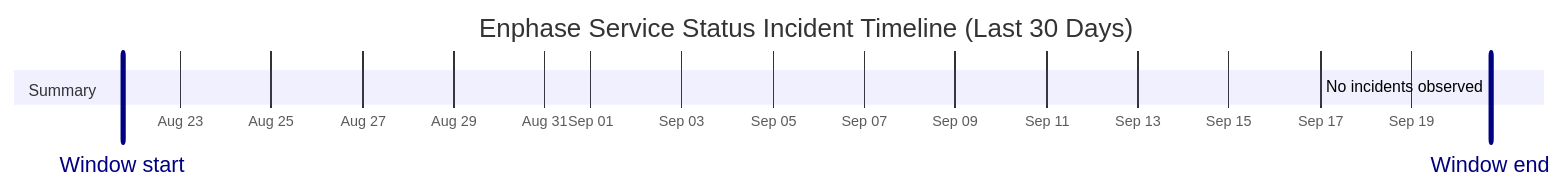
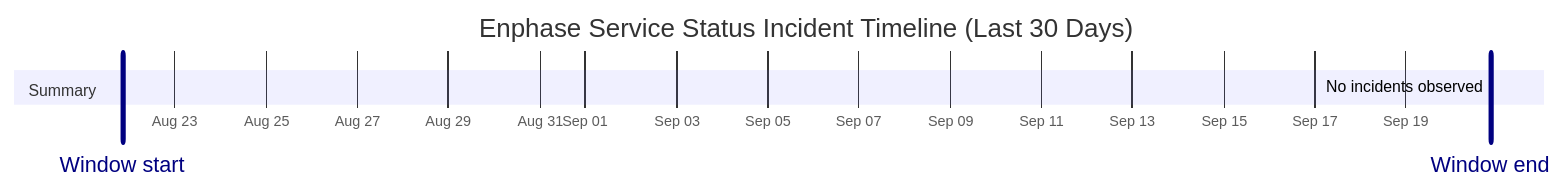
Before and after one commit to barneyonline/ha-enphase-energy: the diagram in wiki/Service-Status-History.md, drawn with Mermaid. The commit also changed other lines of this file and 3 other files, not shown here.

````diff
--- a/wiki/Service-Status-History.md
+++ b/wiki/Service-Status-History.md
@@ -14,10 +14,10 @@
 ```mermaid
 gantt
     title Enphase Service Status Incident Timeline (Last 30 Days)
     dateFormat  YYYY-MM-DDTHH:mm:ss
     axisFormat  %b %d
-    Window start :vert, window-start, 2026-08-21T17:33:37, 0ms
-    Window end :vert, window-end, 2026-09-20T17:33:37, 0ms
+    Window start :vert, window-start, 2026-08-21T20:20:57, 0ms
+    Window end :vert, window-end, 2026-09-20T20:20:57, 0ms
     section Summary
-    No incidents observed :done, 2026-09-20T17:33:37, 1m
+    No incidents observed :done, 2026-09-20T20:20:57, 1m
 ```
````
